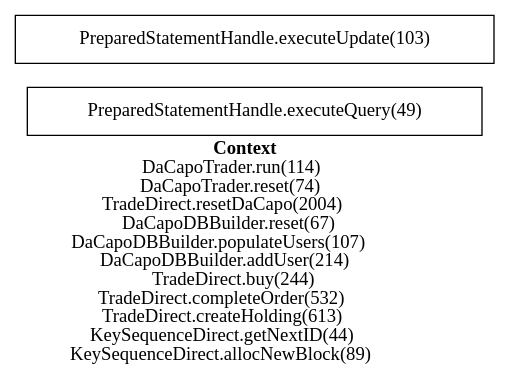
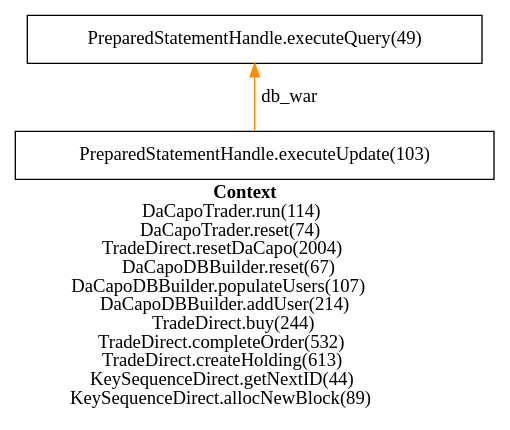
One commit to jtamayo/pepe changed the diagram in pepe/results2/10.gv. Above: the diagram before and after it, drawn with Graphviz. The commit also changed 181 other files, not shown here.

```diff
--- a/pepe/results2/10.gv
+++ b/pepe/results2/10.gv
@@ -1,5 +1,6 @@
-digraph 2067921590 { 
-label=<<font face="Times-Bold">Context</font><br/>DaCapoTrader.run(114)<br/>DaCapoTrader.reset(74)<br/>TradeDirect.resetDaCapo(2004)<br/>DaCapoDBBuilder.reset(67)<br/>DaCapoDBBuilder.populateUsers(107)<br/>DaCapoDBBuilder.addUser(214)<br/>TradeDirect.buy(244)<br/>TradeDirect.completeOrder(532)<br/>TradeDirect.createHolding(613)<br/>KeySequenceDirect.getNextID(44)<br/>KeySequenceDirect.allocNewBlock(89)>;rankdir=RL;
+digraph 121398849 { 
+label=<<font face="Times-Bold">Context</font><br/>DaCapoTrader.run(114)<br/>DaCapoTrader.reset(74)<br/>TradeDirect.resetDaCapo(2004)<br/>DaCapoDBBuilder.reset(67)<br/>DaCapoDBBuilder.populateUsers(107)<br/>DaCapoDBBuilder.addUser(214)<br/>TradeDirect.buy(244)<br/>TradeDirect.completeOrder(532)<br/>TradeDirect.createHolding(613)<br/>KeySequenceDirect.getNextID(44)<br/>KeySequenceDirect.allocNewBlock(89)>;rankdir=BT;
 1 [label="PreparedStatementHandle.executeQuery(49)\n", shape=box];
 2 [label="PreparedStatementHandle.executeUpdate(103)\n", shape=box];
+2 -> 1 [label="db_war" color=darkorange];
 }
```
